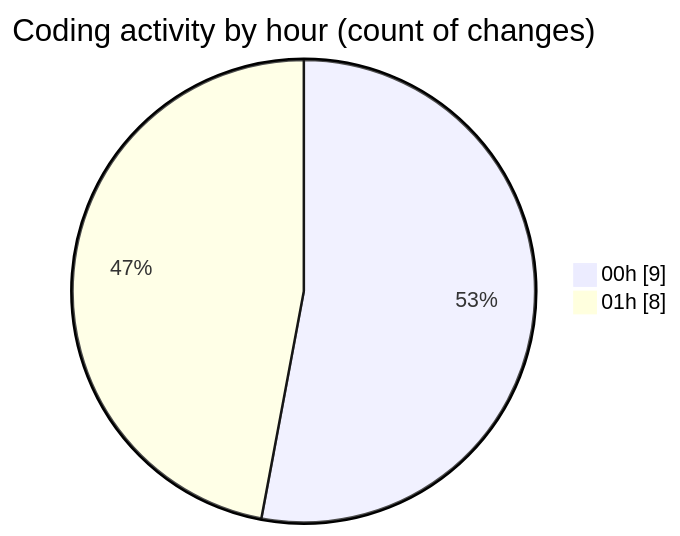
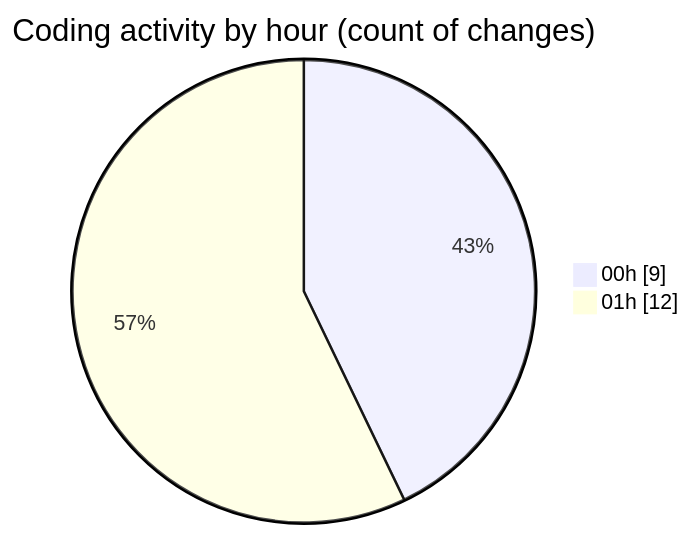
Before and after one commit to nxtqubesakshisongat/code-tracking: the second of 2 diagrams in 2025-10-25/javacript/README.md, drawn with Mermaid. The commit also changed other lines of this file and 1 other file, not shown here.

````diff
--- a/2025-10-25/javacript/README.md
+++ b/2025-10-25/javacript/README.md
@@ -28,6 +28,6 @@
 ```mermaid
 pie showData
 title Coding activity by hour (count of changes)
 "00h" : 9
-"01h" : 8
+"01h" : 12
 ```
````
